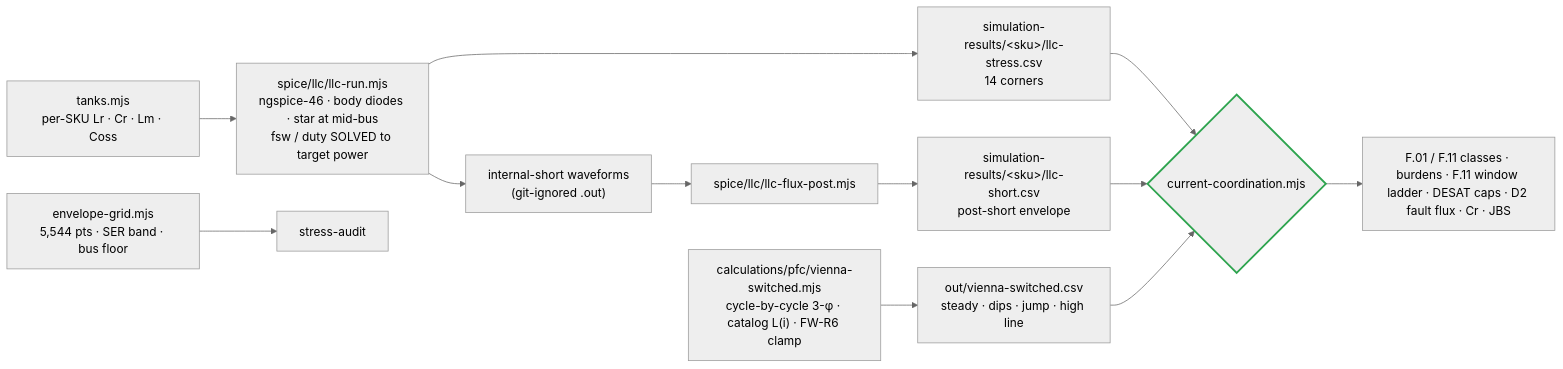
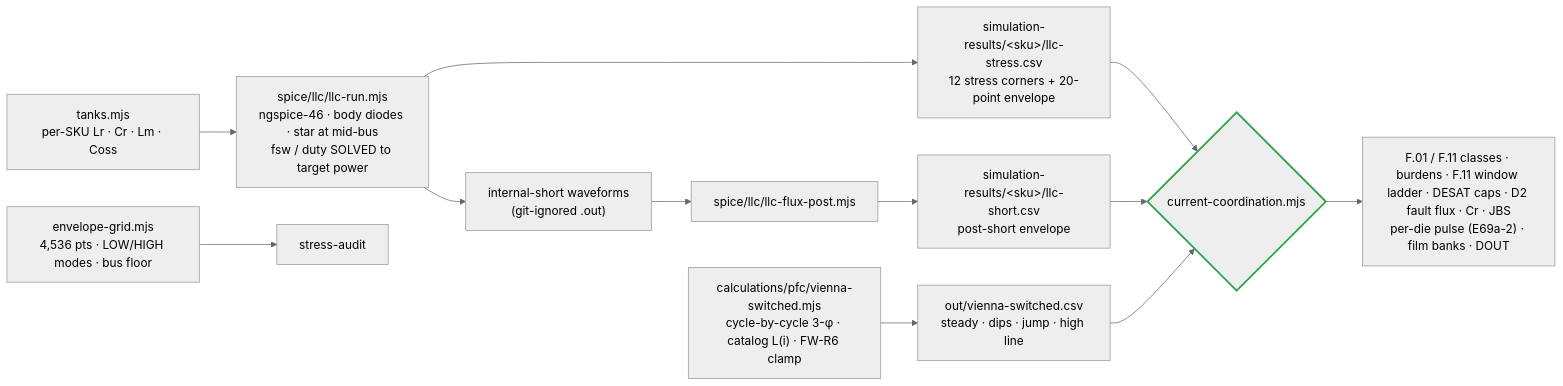
The second of 4 diagrams in docs/current-coordination.md (vectivolt/DC-Modules), drawn with Mermaid (neutral theme) before and after one commit. The commit also changed other lines of this file and 121 other files, not shown here.

````diff
--- a/docs/current-coordination.md
+++ b/docs/current-coordination.md
@@ -81,15 +92,15 @@
 ```mermaid
 flowchart LR
   T["tanks.mjs<br/>per-SKU Lr · Cr · Lm · Coss"] --> R["spice/llc/llc-run.mjs<br/>ngspice-46 · body diodes · star at mid-bus<br/>fsw / duty SOLVED to target power"]
-  R --> C1["simulation-results/&lt;sku&gt;/llc-stress.csv<br/>14 corners"]
+  R --> C1["simulation-results/&lt;sku&gt;/llc-stress.csv<br/>12 stress corners + 20-point envelope"]
   R --> W["internal-short waveforms<br/>(git-ignored .out)"]
   W --> FP["spice/llc/llc-flux-post.mjs"]
   FP --> C3["simulation-results/&lt;sku&gt;/llc-short.csv<br/>post-short envelope"]
   V["calculations/pfc/vienna-switched.mjs<br/>cycle-by-cycle 3-φ · catalog L(i) · FW-R6 clamp"] --> C2["out/vienna-switched.csv<br/>steady · dips · jump · high line"]
-  G["envelope-grid.mjs<br/>5,544 pts · SER band · bus floor"] --> SA["stress-audit"]
+  G["envelope-grid.mjs<br/>4,536 pts · LOW/HIGH modes · bus floor"] --> SA["stress-audit"]
   C1 --> CC{"current-coordination.mjs"}
   C3 --> CC
   C2 --> CC
-  CC --> OUT["F.01 / F.11 classes · burdens · F.11 window ladder · DESAT caps · D2 fault flux · Cr · JBS"]
+  CC --> OUT["F.01 / F.11 classes · burdens · F.11 window ladder · DESAT caps · D2 fault flux · Cr · JBS<br/>per-die pulse (E69a-2) · film banks · DOUT"]
   style CC stroke:#2ea44f,stroke-width:2.5px
 ```
````
